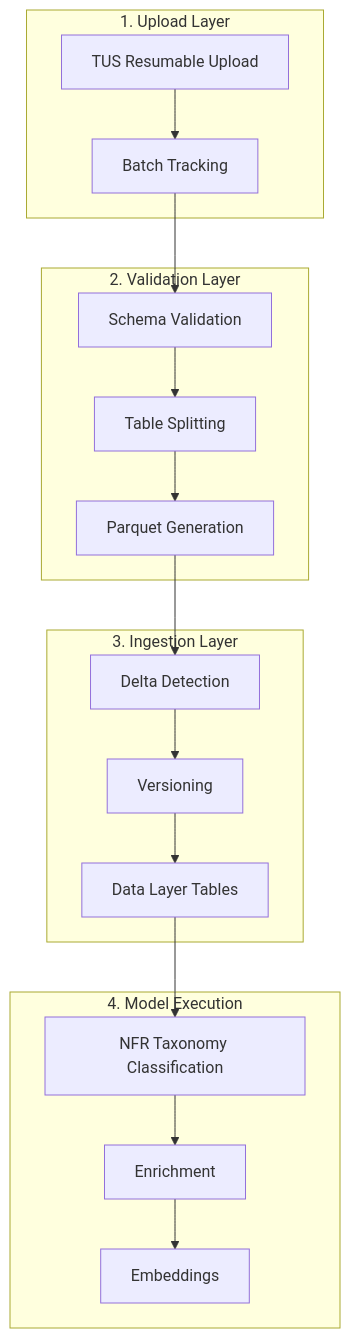
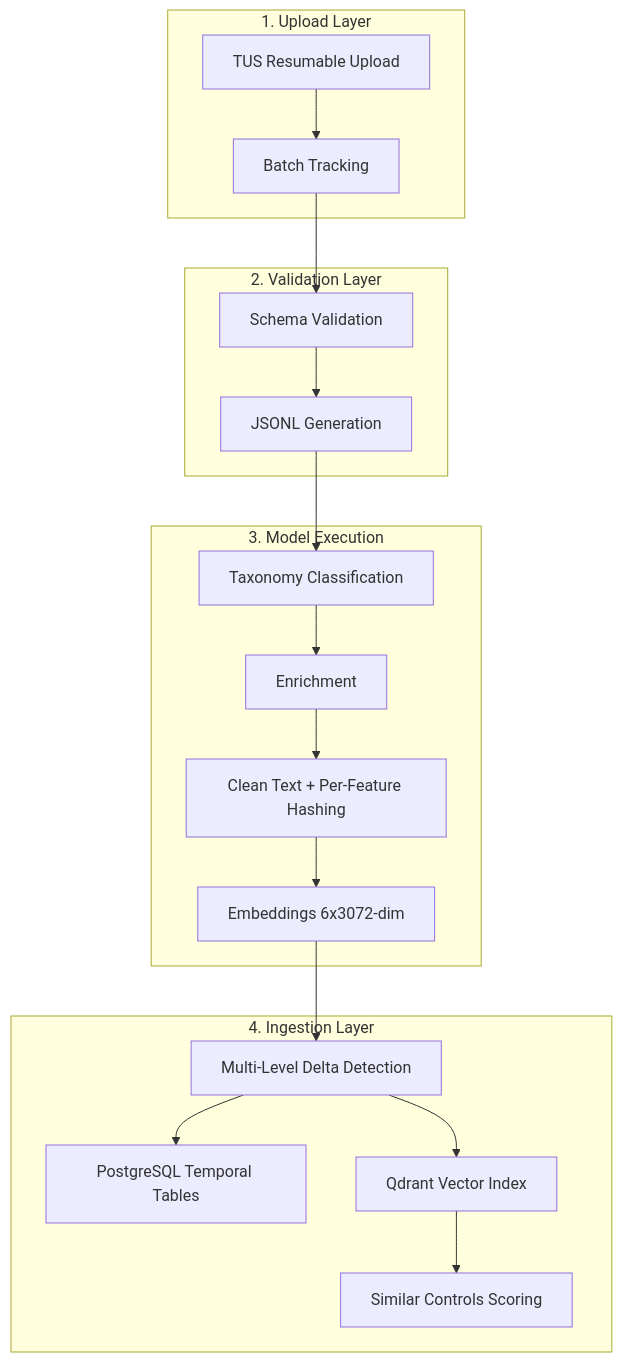
One commit to white07S/application changed the first of 2 diagrams in docs/docs_content/pipelines/overview.md. Above: the diagram before and after it, drawn with Mermaid. The commit also changed other lines of this file and 3 other files, not shown here.

````diff
--- a/docs/docs_content/pipelines/overview.md
+++ b/docs/docs_content/pipelines/overview.md
@@ -13,36 +13,38 @@
 ```mermaid
 flowchart TB
     subgraph Upload["1. Upload Layer"]
         TUS[TUS Resumable Upload]
         BATCH[Batch Tracking]
     end
 
     subgraph Validation["2. Validation Layer"]
         SCHEMA[Schema Validation]
-        SPLIT[Table Splitting]
-        PARQUET[Parquet Generation]
+        JSONL[JSONL Generation]
     end
 
-    subgraph Ingestion["3. Ingestion Layer"]
-        DELTA[Delta Detection]
-        VERSION[Versioning]
-        DL[Data Layer Tables]
+    subgraph Models["3. Model Execution"]
+        TAX[Taxonomy Classification]
+        ENRICH[Enrichment]
+        CLEAN[Clean Text + Per-Feature Hashing]
+        EMBED[Embeddings 6x3072-dim]
     end
 
-    subgraph Models["4. Model Execution"]
-        NFR[NFR Taxonomy Classification]
-        ENRICH[Enrichment]
-        EMBED[Embeddings]
+    subgraph Ingestion["4. Ingestion Layer"]
+        DELTA[Multi-Level Delta Detection]
+        PG[PostgreSQL Temporal Tables]
+        QDRANT[Qdrant Vector Index]
+        SIM[Similar Controls Scoring]
     end
 
     TUS --> BATCH
     BATCH --> SCHEMA
-    SCHEMA --> SPLIT
-    SPLIT --> PARQUET
-    PARQUET --> DELTA
-    DELTA --> VERSION
-    VERSION --> DL
-    DL --> NFR
-    NFR --> ENRICH
-    ENRICH --> EMBED
+    SCHEMA --> JSONL
+    JSONL --> TAX
+    TAX --> ENRICH
+    ENRICH --> CLEAN
+    CLEAN --> EMBED
+    EMBED --> DELTA
+    DELTA --> PG
+    DELTA --> QDRANT
+    QDRANT --> SIM
 ```
````
